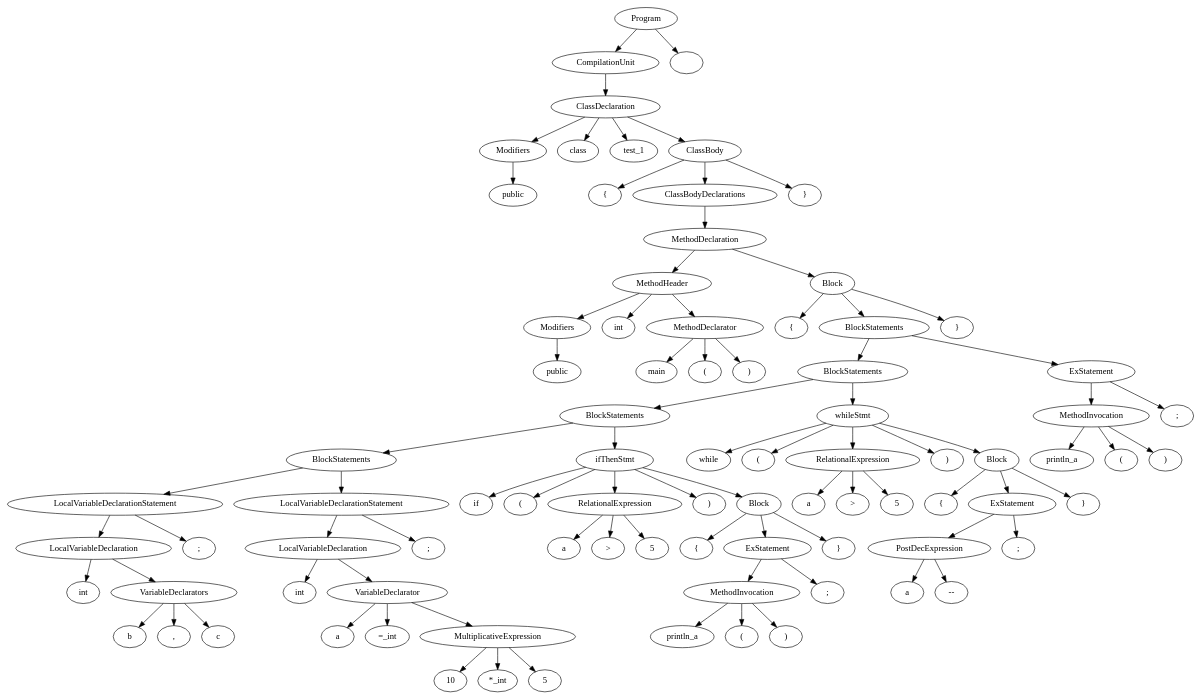
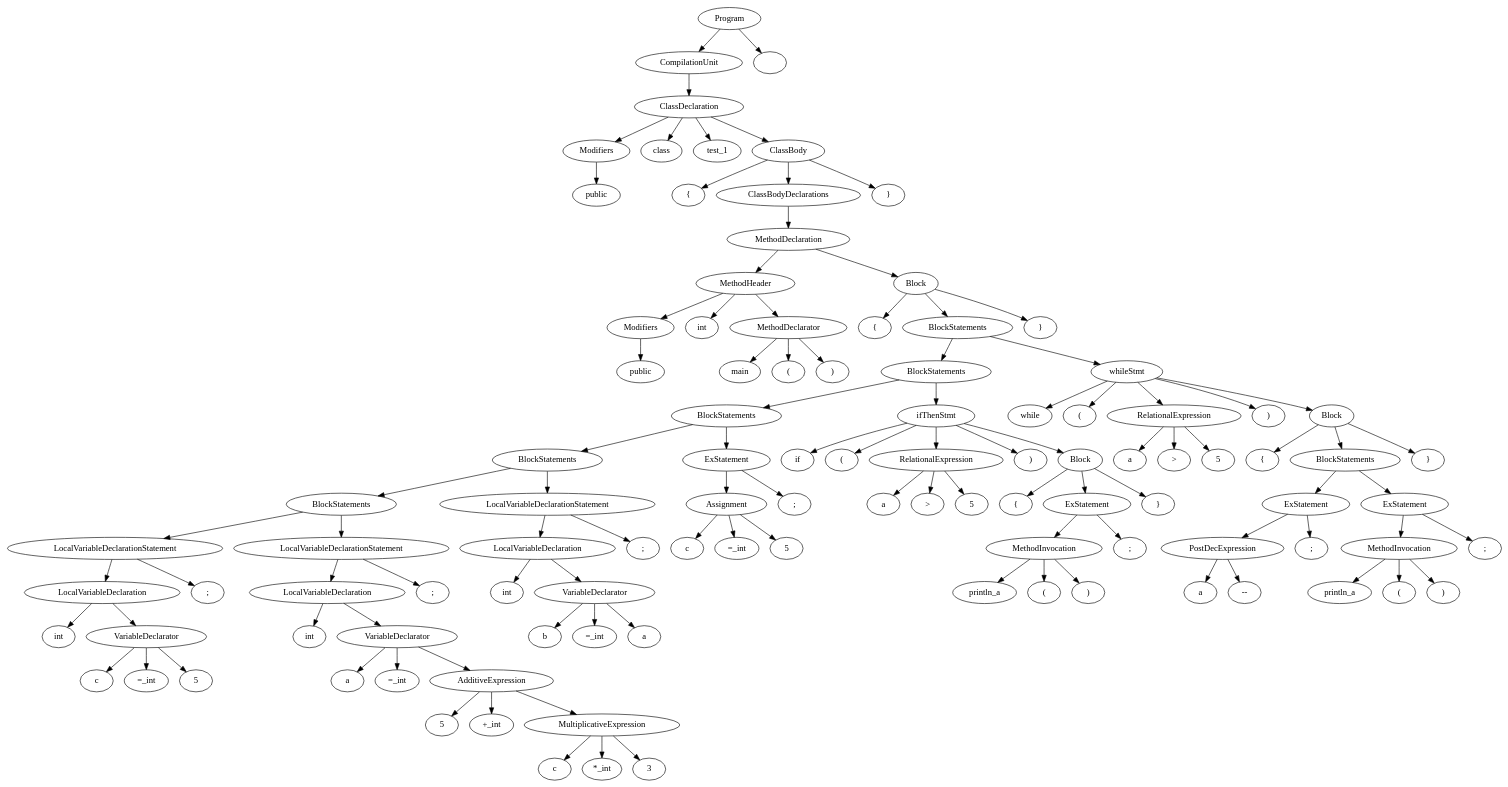
The diagram in cs335_project_200530/src/out.dot (sandeepb20/Milestone), drawn with Graphviz before and after one commit. The commit also changed 6 other files, not shown here.

```diff
--- a/cs335_project_200530/src/out.dot
+++ b/cs335_project_200530/src/out.dot
@@ -22,10 +22,10 @@
 n13->n7;
 n14 [label="{"]
 n15 [label="int"]
-n16 [label="b"]
-n17 [label=","]
-n18 [label="c"]
-n19 [label="VariableDeclarators"]
+n16 [label="c"]
+n17 [label="=_int"]
+n18 [label="5"]
+n19 [label="VariableDeclarator"]
 n19->n18;
 n19->n17;
 n19->n16;
@@ -39,135 +39,173 @@
 n23 [label="int"]
 n24 [label="a"]
 n25 [label="=_int"]
-n26 [label="10"]
-n27 [label="*_int"]
-n28 [label="5"]
-n29 [label="MultiplicativeExpression"]
-n29->n28;
-n29->n27;
-n29->n26;
-n30 [label="VariableDeclarator"]
-n30->n29;
-n30->n25;
-n30->n24;
-n31 [label="LocalVariableDeclaration"]
+n26 [label="5"]
+n27 [label="+_int"]
+n28 [label="c"]
+n29 [label="*_int"]
+n30 [label="3"]
+n31 [label="MultiplicativeExpression"]
 n31->n30;
-n31->n23;
-n32 [label=";"]
-n33 [label="LocalVariableDeclarationStatement"]
+n31->n29;
+n31->n28;
+n32 [label="AdditiveExpression"]
+n32->n31;
+n32->n27;
+n32->n26;
+n33 [label="VariableDeclarator"]
 n33->n32;
-n33->n31;
-n34 [label="BlockStatements"]
+n33->n25;
+n33->n24;
+n34 [label="LocalVariableDeclaration"]
 n34->n33;
-n34->n22;
-n35 [label="if"]
-n36 [label="("]
-n37 [label="a"]
-n38 [label=">"]
-n39 [label="5"]
-n40 [label="RelationalExpression"]
-n40->n39;
-n40->n38;
-n40->n37;
-n41 [label=")"]
-n42 [label="{"]
-n43 [label="println_a"]
-n44 [label="("]
-n45 [label=")"]
-n46 [label="MethodInvocation"]
+n34->n23;
+n35 [label=";"]
+n36 [label="LocalVariableDeclarationStatement"]
+n36->n35;
+n36->n34;
+n37 [label="BlockStatements"]
+n37->n36;
+n37->n22;
+n38 [label="int"]
+n39 [label="b"]
+n40 [label="=_int"]
+n41 [label="a"]
+n42 [label="VariableDeclarator"]
+n42->n41;
+n42->n40;
+n42->n39;
+n43 [label="LocalVariableDeclaration"]
+n43->n42;
+n43->n38;
+n44 [label=";"]
+n45 [label="LocalVariableDeclarationStatement"]
+n45->n44;
+n45->n43;
+n46 [label="BlockStatements"]
 n46->n45;
-n46->n44;
-n46->n43;
-n47 [label=";"]
-n48 [label="ExStatement"]
-n48->n47;
-n48->n46;
-n49 [label="}"]
-n50 [label="Block"]
+n46->n37;
+n47 [label="c"]
+n48 [label="=_int"]
+n49 [label="5"]
+n50 [label="Assignment"]
 n50->n49;
 n50->n48;
-n50->n42;
-n51 [label="ifThenStmt"]
-n51->n50;
-n51->n41;
-n51->n40;
-n51->n36;
-n51->n35;
-n52 [label="BlockStatements"]
+n50->n47;
+n51 [label=";"]
+n52 [label="ExStatement"]
 n52->n51;
-n52->n34;
-n53 [label="while"]
-n54 [label="("]
-n55 [label="a"]
-n56 [label=">"]
-n57 [label="5"]
-n58 [label="RelationalExpression"]
-n58->n57;
-n58->n56;
-n58->n55;
-n59 [label=")"]
-n60 [label="{"]
-n61 [label="a"]
-n62 [label="--"]
-n63 [label="PostDecExpression"]
-n63->n62;
-n63->n61;
-n64 [label=";"]
-n65 [label="ExStatement"]
+n52->n50;
+n53 [label="BlockStatements"]
+n53->n52;
+n53->n46;
+n54 [label="if"]
+n55 [label="("]
+n56 [label="a"]
+n57 [label=">"]
+n58 [label="5"]
+n59 [label="RelationalExpression"]
+n59->n58;
+n59->n57;
+n59->n56;
+n60 [label=")"]
+n61 [label="{"]
+n62 [label="println_a"]
+n63 [label="("]
+n64 [label=")"]
+n65 [label="MethodInvocation"]
 n65->n64;
 n65->n63;
-n66 [label="}"]
-n67 [label="Block"]
+n65->n62;
+n66 [label=";"]
+n67 [label="ExStatement"]
 n67->n66;
 n67->n65;
-n67->n60;
-n68 [label="whileStmt"]
-n68->n67;
-n68->n59;
-n68->n58;
-n68->n54;
-n68->n53;
-n69 [label="BlockStatements"]
+n68 [label="}"]
+n69 [label="Block"]
 n69->n68;
-n69->n52;
-n70 [label="println_a"]
-n71 [label="("]
-n72 [label=")"]
-n73 [label="MethodInvocation"]
-n73->n72;
-n73->n71;
-n73->n70;
-n74 [label=";"]
-n75 [label="ExStatement"]
-n75->n74;
-n75->n73;
-n76 [label="BlockStatements"]
-n76->n75;
-n76->n69;
-n77 [label="}"]
-n78 [label="Block"]
-n78->n77;
-n78->n76;
-n78->n14;
-n79 [label="MethodDeclaration"]
-n79->n78;
-n79->n13;
-n80 [label="ClassBodyDeclarations"]
-n80->n79;
-n81 [label="}"]
-n82 [label="ClassBody"]
+n69->n67;
+n69->n61;
+n70 [label="ifThenStmt"]
+n70->n69;
+n70->n60;
+n70->n59;
+n70->n55;
+n70->n54;
+n71 [label="BlockStatements"]
+n71->n70;
+n71->n53;
+n72 [label="while"]
+n73 [label="("]
+n74 [label="a"]
+n75 [label=">"]
+n76 [label="5"]
+n77 [label="RelationalExpression"]
+n77->n76;
+n77->n75;
+n77->n74;
+n78 [label=")"]
+n79 [label="{"]
+n80 [label="a"]
+n81 [label="--"]
+n82 [label="PostDecExpression"]
 n82->n81;
 n82->n80;
-n82->n5;
-n83 [label="ClassDeclaration"]
-n83->n82;
-n83->n4;
-n83->n3;
-n83->n2;
-n84 [label="CompilationUnit"]
+n83 [label=";"]
+n84 [label="ExStatement"]
 n84->n83;
-n85 [label="Program"]
-n85->n86;
-n85->n84;
-n86 [label=""]
+n84->n82;
+n85 [label="println_a"]
+n86 [label="("]
+n87 [label=")"]
+n88 [label="MethodInvocation"]
+n88->n87;
+n88->n86;
+n88->n85;
+n89 [label=";"]
+n90 [label="ExStatement"]
+n90->n89;
+n90->n88;
+n91 [label="BlockStatements"]
+n91->n90;
+n91->n84;
+n92 [label="}"]
+n93 [label="Block"]
+n93->n92;
+n93->n91;
+n93->n79;
+n94 [label="whileStmt"]
+n94->n93;
+n94->n78;
+n94->n77;
+n94->n73;
+n94->n72;
+n95 [label="BlockStatements"]
+n95->n94;
+n95->n71;
+n96 [label="}"]
+n97 [label="Block"]
+n97->n96;
+n97->n95;
+n97->n14;
+n98 [label="MethodDeclaration"]
+n98->n97;
+n98->n13;
+n99 [label="ClassBodyDeclarations"]
+n99->n98;
+n100 [label="}"]
+n101 [label="ClassBody"]
+n101->n100;
+n101->n99;
+n101->n5;
+n102 [label="ClassDeclaration"]
+n102->n101;
+n102->n4;
+n102->n3;
+n102->n2;
+n103 [label="CompilationUnit"]
+n103->n102;
+n104 [label="Program"]
+n104->n105;
+n104->n103;
+n105 [label=""]
 }
```
